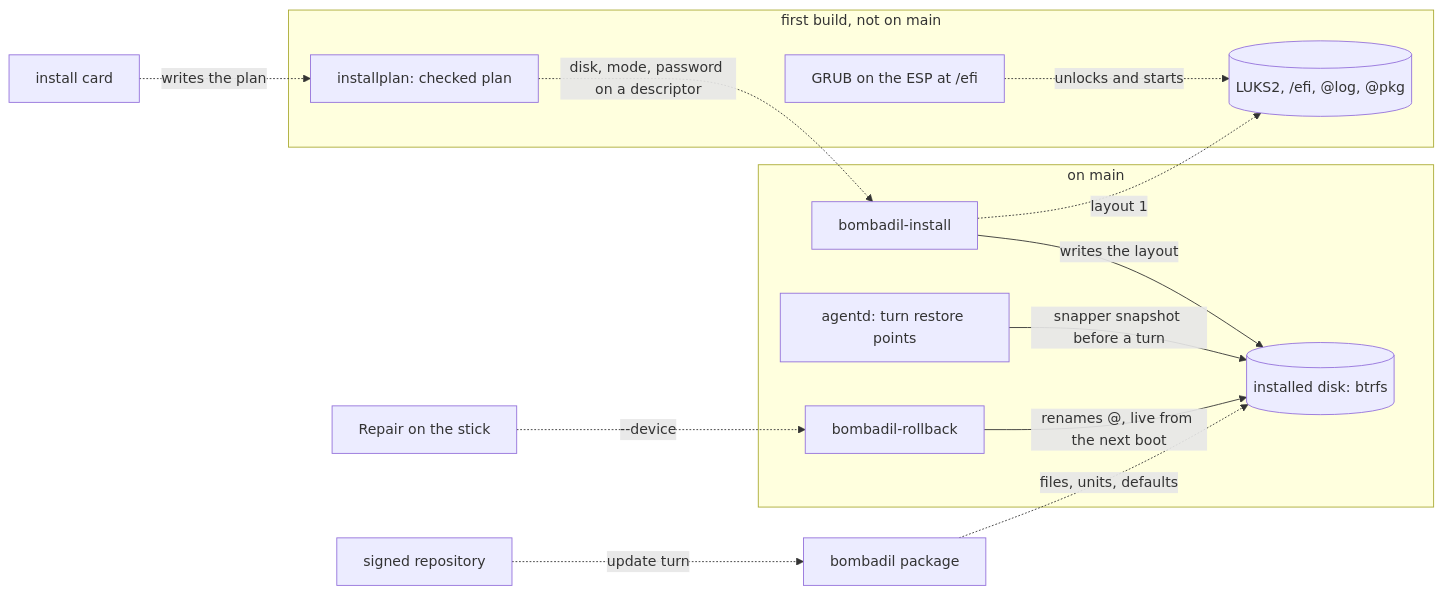
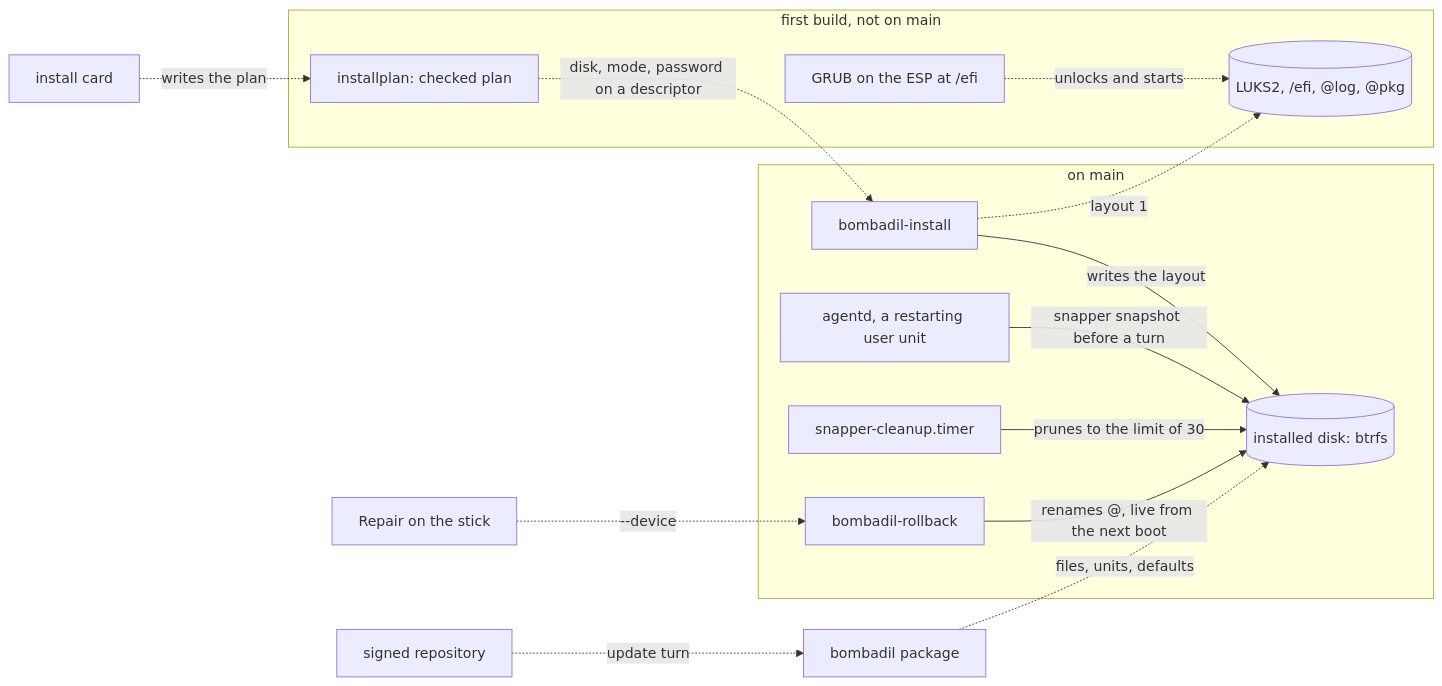
Before and after one commit to thedefaultman/Bombadil: the diagram in docs/architecture/installed-os.md, drawn with Mermaid. The commit also changed other lines of this file and 31 other files, not shown here.

````diff
--- a/docs/architecture/installed-os.md
+++ b/docs/architecture/installed-os.md
@@ -55,28 +54,30 @@
 ```mermaid
 flowchart LR
     subgraph onmain["on main"]
         INSTALL["bombadil-install"]
-        AGENTD["agentd: turn restore points"]
+        AGENTD["agentd, a restarting user unit"]
         ROLLBACK["bombadil-rollback"]
+        CLEAN["snapper-cleanup.timer"]
         DISK[("installed disk: btrfs")]
     end
     subgraph first["first build, not on main"]
         PLAN["installplan: checked plan"]
         LUKS[("LUKS2, /efi, @log, @pkg")]
         GRUB["GRUB on the ESP at /efi"]
     end
     CARD["install card"]
     PKG["bombadil package"]
     REPO["signed repository"]
     REPAIR["Repair on the stick"]
     INSTALL -->|"writes the layout"| DISK
     AGENTD -->|"snapper snapshot before a turn"| DISK
+    CLEAN -->|"prunes to the limit of 30"| DISK
     ROLLBACK -->|"renames @, live from the next boot"| DISK
     PLAN -.->|"disk, mode, password on a descriptor"| INSTALL
     INSTALL -.->|"layout 1"| LUKS
     GRUB -.->|"unlocks and starts"| LUKS
     CARD -.->|"writes the plan"| PLAN
     REPO -.->|"update turn"| PKG
     PKG -.->|"files, units, defaults"| DISK
     REPAIR -.->|"--device"| ROLLBACK
 ```
````
